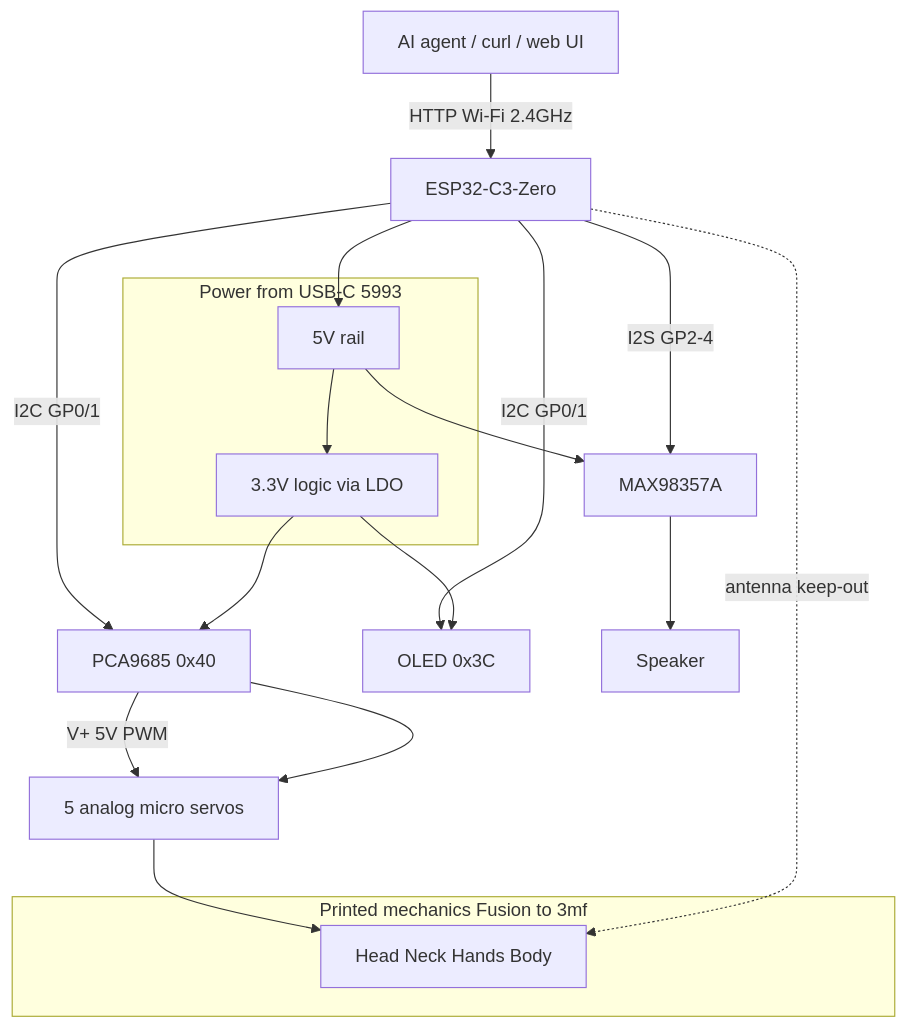
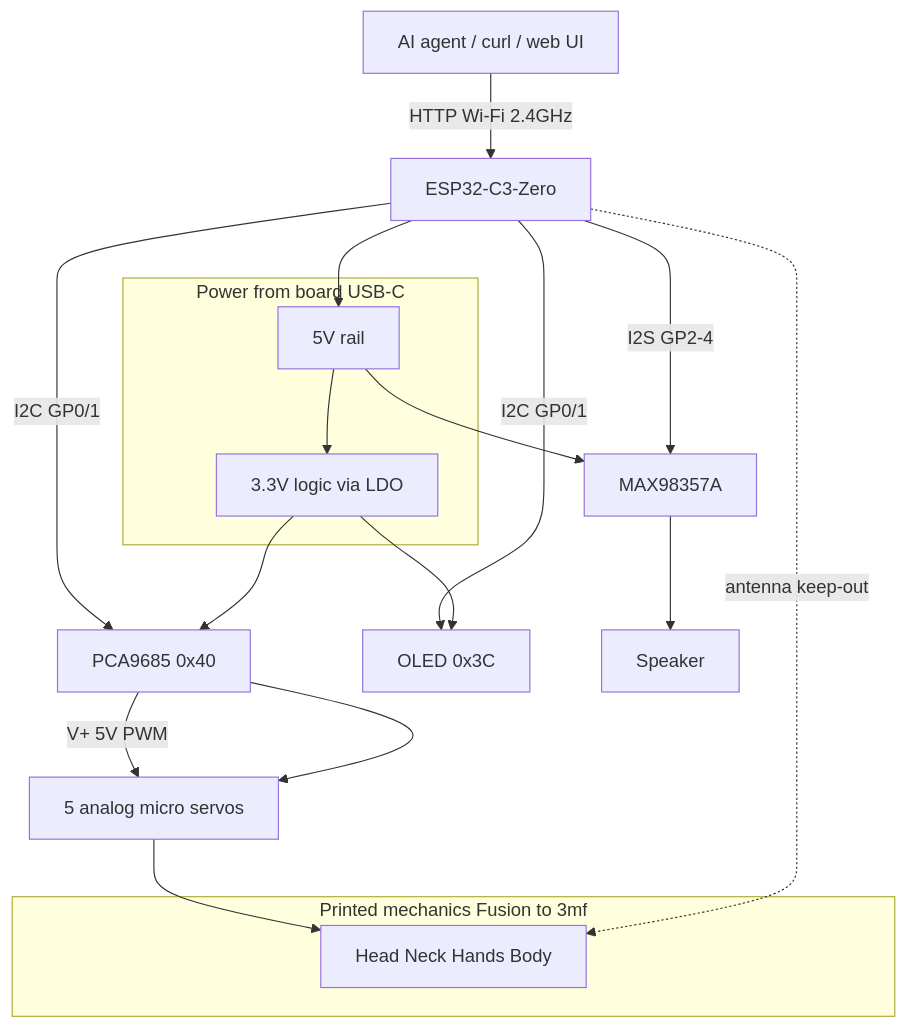
Before and after one commit to jamro/tiny-engineer: the second of 2 diagrams in docs/hardware-for-software-engineers/09-how-it-all-fits-together.md, drawn with Mermaid. The commit also changed other lines of this file and 32 other files, not shown here.

````diff
--- a/docs/hardware-for-software-engineers/09-how-it-all-fits-together.md
+++ b/docs/hardware-for-software-engineers/09-how-it-all-fits-together.md
@@ -46,32 +46,32 @@
 ```mermaid
 flowchart TB
   Agent["AI agent / curl / web UI"]
   Agent -->|HTTP Wi-Fi 2.4GHz| ESP["ESP32-C3-Zero"]
 
-  subgraph power [Power from USB-C 5993]
+  subgraph power [Power from board USB-C]
     V5[5V rail]
     V33[3.3V logic via LDO]
   end
 
   ESP --> V5
   V5 --> V33
 
   ESP -->|I2C GP0/1| PCA["PCA9685 0x40"]
   ESP -->|I2C GP0/1| OLED["OLED 0x3C"]
   ESP -->|I2S GP2-4| AMP["MAX98357A"]
   AMP --> SPK[Speaker]
 
   V33 --> PCA
   V33 --> OLED
   V5 --> AMP
   PCA -->|V+ 5V PWM| SRV["5 analog micro servos"]
 
   PCA --> SRV
 
   subgraph mech [Printed mechanics Fusion to 3mf]
     BODY[Head Neck Hands Body]
   end
 
   SRV --> BODY
   ESP -.->|antenna keep-out| BODY
 ```
````
